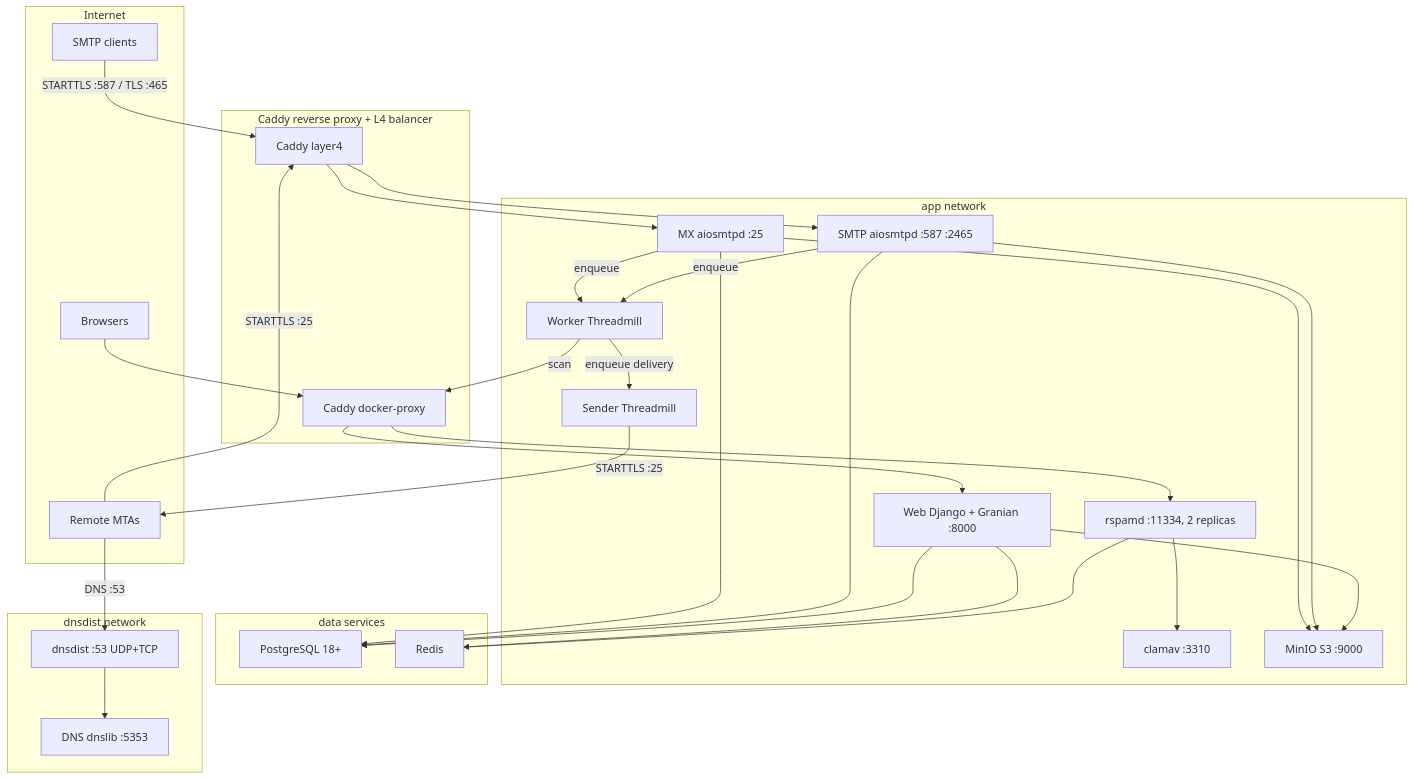
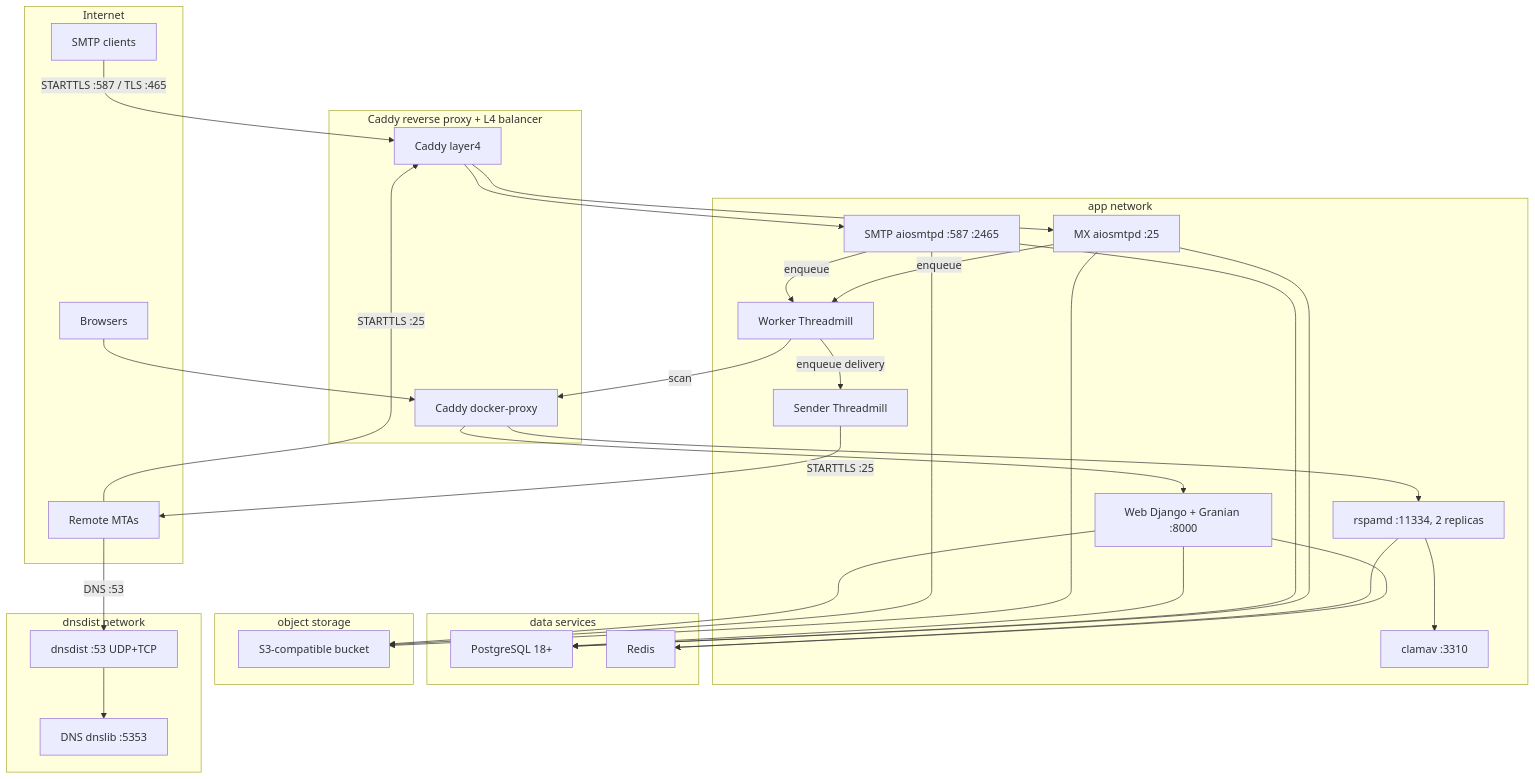
The first of 2 diagrams in README.md (codingjoe/relay), drawn with Mermaid before and after one commit. The commit also changed 1 other file, not shown here.

Commit message:
Store message bodies in Hetzner Object Storage
Drop the minio and minio-init services, the web gate on minio-init, and
the s3 volume. The web, msa, and mta services read the endpoint, the
key pair, the bucket, and the region from .env.production, which
deploy/provision.sh writes.

````diff
--- a/README.md
+++ b/README.md
@@ -88,58 +88,61 @@
 ```mermaid
 flowchart TD
     subgraph internet[Internet]
         client[SMTP clients]
         sender[Remote MTAs]
         browser[Browsers]
     end
 
     subgraph caddy[Caddy reverse proxy + L4 balancer]
         caddy_proxy[Caddy docker-proxy]
         caddy_l4[Caddy layer4]
     end
 
     subgraph app[app network]
         web[Web Django + Granian :8000]
         msa[SMTP aiosmtpd :587 :2465]
         mta[MX aiosmtpd :25]
         worker[Worker Threadmill]
         mail_sender[Sender Threadmill]
         rspamd[rspamd :11334, 2 replicas]
         clamav[clamav :3310]
-        minio[MinIO S3 :9000]
     end
 
     subgraph data[data services]
         pg[PostgreSQL 18+]
         redis[Redis]
+    end
+
+    subgraph storage[object storage]
+        s3[S3-compatible bucket]
     end
 
     subgraph dns[dnsdist network]
         dnsdist[dnsdist :53 UDP+TCP]
         dns_ns[DNS dnslib :5353]
     end
 
     browser --> caddy_proxy
     caddy_proxy --> web
     client -->|STARTTLS :587 / TLS :465| caddy_l4
     sender -->|STARTTLS :25| caddy_l4
     caddy_l4 --> msa
     caddy_l4 --> mta
     msa -->|enqueue| worker
     mta -->|enqueue| worker
     worker -->|enqueue delivery| mail_sender
     mail_sender -->|STARTTLS :25| sender
     worker -->|scan| caddy_proxy
     caddy_proxy --> rspamd
     rspamd --> redis
     rspamd --> clamav
     web --> pg
     web --> redis
-    web --> minio
+    web --> s3
     msa --> pg
-    msa --> minio
+    msa --> s3
     mta --> pg
-    mta --> minio
+    mta --> s3
     dnsdist --> dns_ns
     sender -->|DNS :53| dnsdist
 ```
````
